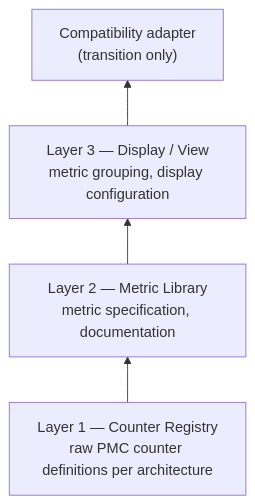
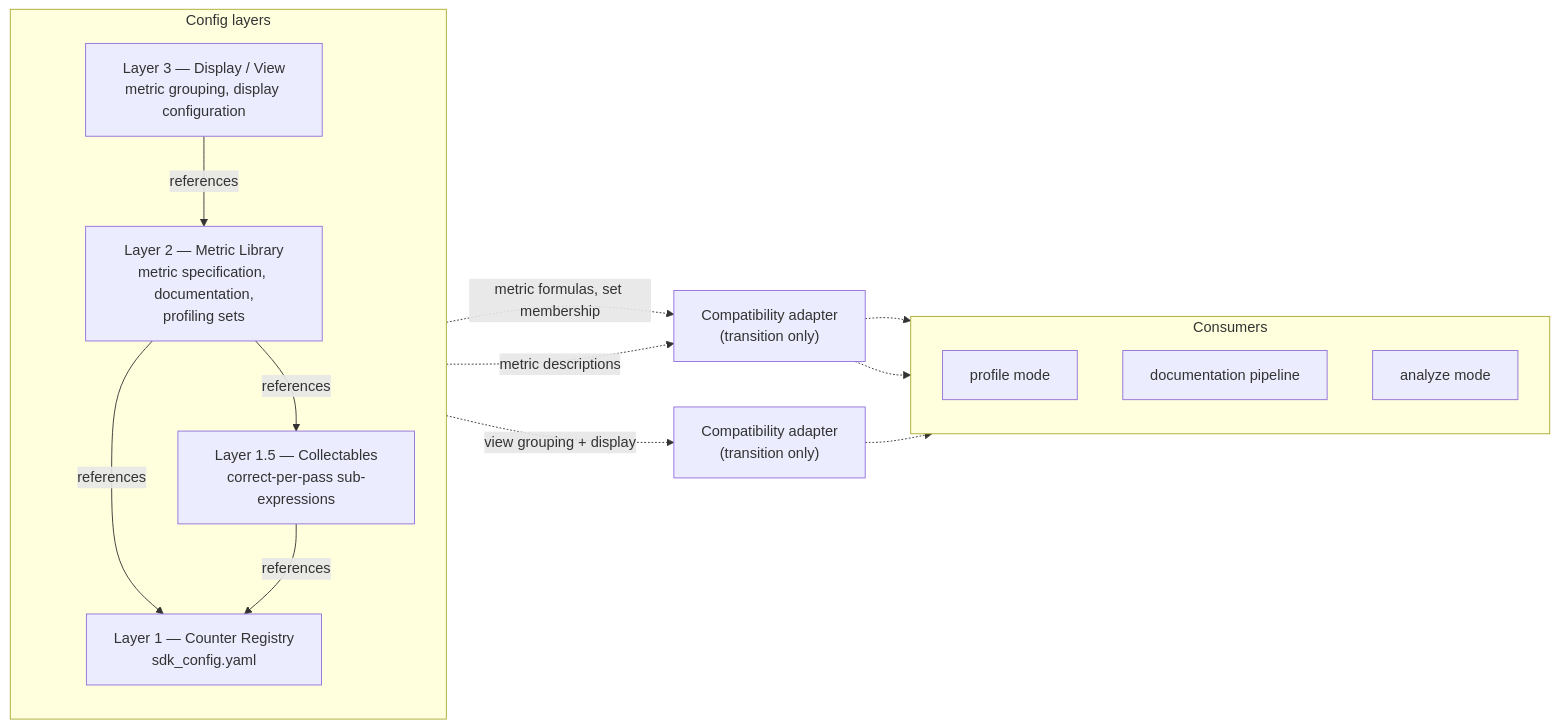
One commit to ROCm/rocm-systems changed the second of 5 diagrams in projects/rocprofiler-compute/docs/design/hld-analysis-config-redesign.md. Above: the diagram before and after it, drawn with Mermaid. The commit also changed other lines of this file, not shown here.

Commit message:
[rocprofiler-compute] Update HLD with layered design, YAML inheritance, and profiling sets

````diff
--- a/projects/rocprofiler-compute/docs/design/hld-analysis-config-redesign.md
+++ b/projects/rocprofiler-compute/docs/design/hld-analysis-config-redesign.md
@@ -238,11 +224,29 @@
 ```mermaid
-flowchart BT
-    L1["Layer 1 — Counter Registry\nraw PMC counter definitions per architecture"]
-    L2["Layer 2 — Metric Library\nmetric specification, documentation"]
-    L3["Layer 3 — Display / View\nmetric grouping, display configuration"]
-    adapter["Compatibility adapter\n(transition only)"]
+flowchart LR
+    subgraph layers["Config layers"]
+        direction TB
+        L1["Layer 1 — Counter Registry\nsdk_config.yaml"]
+        L1_5["Layer 1.5 — Collectables\ncorrect-per-pass sub-expressions"]
+        L2["Layer 2 — Metric Library\nmetric specification, documentation,\nprofiling sets"]
+        L3["Layer 3 — Display / View\nmetric grouping, display configuration"]
 
-    L1 --> L2
-    L2 --> L3
-    L3 --> adapter
+        L3 -->|references| L2
+        L2 -->|references| L1_5
+        L2 -->|references| L1
+        L1_5 -->|references| L1
+    end
+
+    adapter_L2["Compatibility adapter\n(transition only)"]
+    adapter_L3["Compatibility adapter\n(transition only)"]
+
+    subgraph consumers["Consumers"]
+        direction TB
+        profile["profile mode"]
+        docs["documentation pipeline"]
+        analyze["analyze mode"]
+    end
+
+    L2 -.->|metric formulas, set membership| adapter_L2 -.-> profile
+    L2 -.->|metric descriptions| adapter_L2 -.-> docs
+    L3 -.->|view grouping + display| adapter_L3 -.-> analyze
 ```
````
